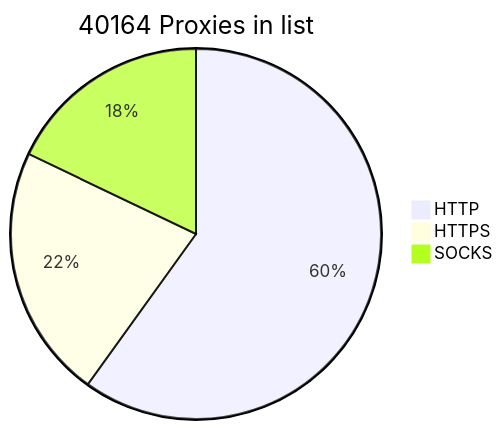
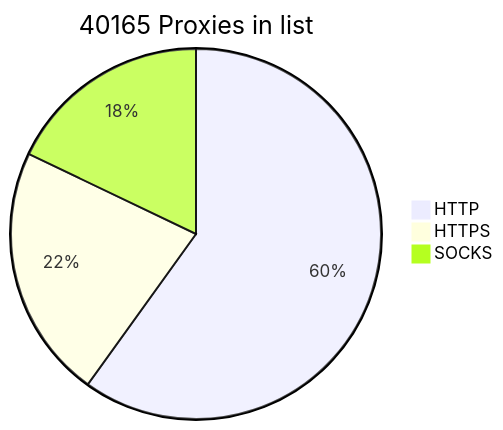
Before and after one commit to BlackSnowDot/proxylist-update-every-minute: the diagram in README.md, drawn with Mermaid.

````diff
--- a/README.md
+++ b/README.md
@@ -2,6 +2,6 @@
 ```mermaid
-pie title 40164 Proxies in list
-    "HTTP" : 28253
-    "HTTPS": 10456
+pie title 40165 Proxies in list
+    "HTTP" : 28252
+    "HTTPS": 10458
     "SOCKS" : 8438
 ```
````
